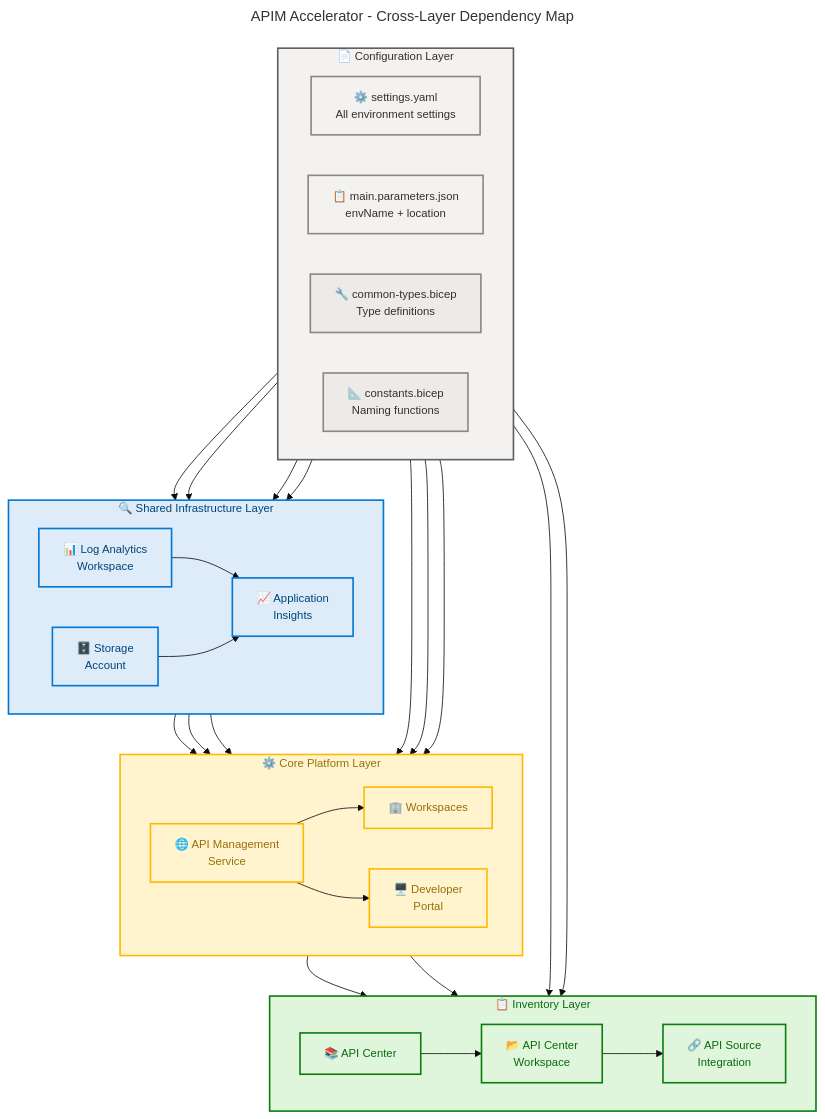
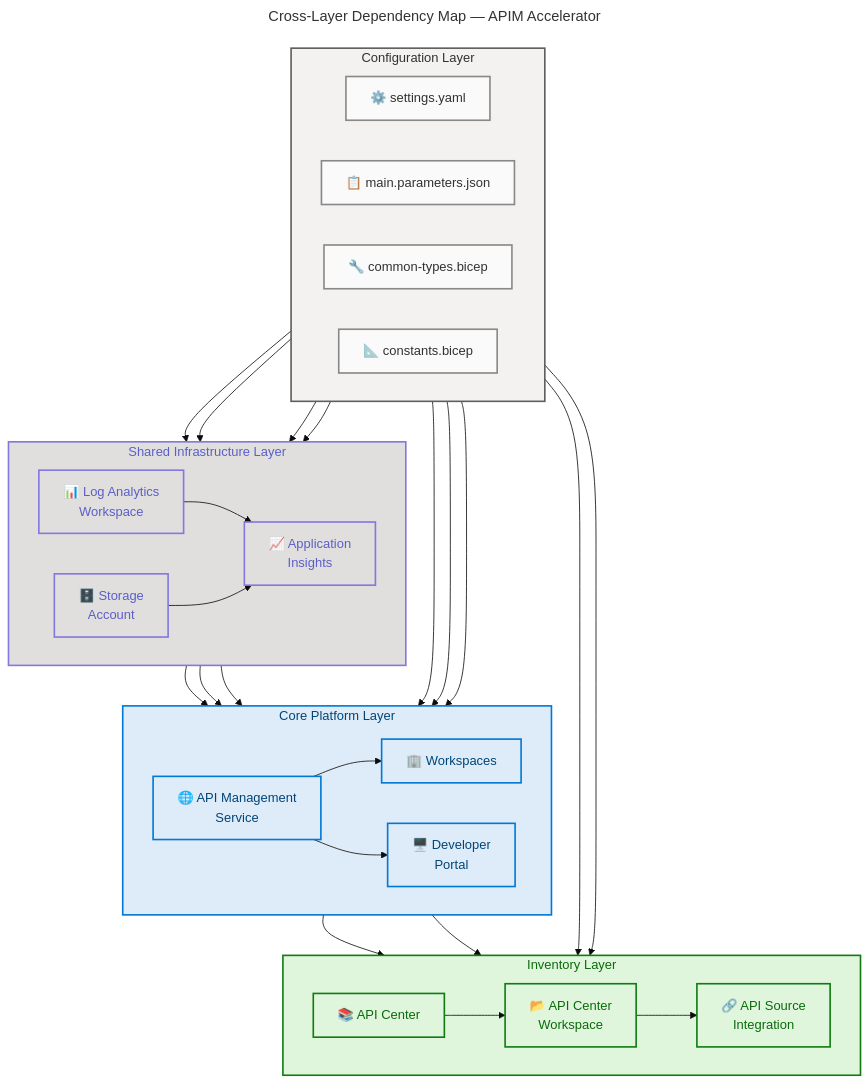
One commit to Evilazaro/APIM-Accelerator changed the sixth of 7 diagrams in docs/architecture/business-architecture.md. Above: the diagram before and after it, drawn with Mermaid. The commit also changed other lines of this file, not shown here.

````diff
--- a/docs/architecture/business-architecture.md
+++ b/docs/architecture/business-architecture.md
@@ -738,46 +1103,55 @@
 ```mermaid
 ---
-title: "APIM Accelerator - Cross-Layer Dependency Map"
+title: "Cross-Layer Dependency Map — APIM Accelerator"
 config:
   theme: base
   look: classic
   layout: dagre
   themeVariables:
-    fontSize: '14px'
-  flowchart:
-    htmlLabels: true
+    fontSize: '16px'
 ---
 flowchart TB
     accTitle: Cross-Layer Dependency Map
     accDescr: Shows module dependencies across the three deployment layers including shared utilities and configuration inputs
 
-    subgraph config["📄 Configuration Layer"]
+    %% ═══════════════════════════════════════════════════════════════════════════
+    %% AZURE / FLUENT ARCHITECTURE PATTERN v1.1
+    %% (Semantic + Structural + Font + Accessibility Governance)
+    %% ═══════════════════════════════════════════════════════════════════════════
+    %% PHASE 1 - STRUCTURAL: Direction explicit, flat topology, nesting ≤ 3
+    %% PHASE 2 - SEMANTIC: Colors justified, max 5 semantic classes, neutral-first
+    %% PHASE 3 - FONT: Dark text on light backgrounds, contrast ≥ 4.5:1
+    %% PHASE 4 - ACCESSIBILITY: accTitle/accDescr present, icons on all nodes
+    %% PHASE 5 - STANDARD: Governance block present, classDefs centralized
+    %% ═══════════════════════════════════════════════════════════════════════════
+
+    subgraph config["Configuration Layer"]
         direction LR
-        settings["⚙️ settings.yaml\nAll environment settings"]:::config
-        params["📋 main.parameters.json\nenvName + location"]:::config
-        types["🔧 common-types.bicep\nType definitions"]:::utility
-        consts["📐 constants.bicep\nNaming functions"]:::utility
+        settings["⚙️ settings.yaml"]:::neutral
+        params["📋 main.parameters.json"]:::neutral
+        types["🔧 common-types.bicep"]:::neutral
+        consts["📐 constants.bicep"]:::neutral
     end
 
-    subgraph shared["🔍 Shared Infrastructure Layer"]
+    subgraph shared["Shared Infrastructure Layer"]
         direction LR
-        law["📊 Log Analytics\nWorkspace"]:::monitoring
-        ai["📈 Application\nInsights"]:::monitoring
-        sa["🗄️ Storage\nAccount"]:::monitoring
+        law["📊 Log Analytics<br/>Workspace"]:::data
+        ai["📈 Application<br/>Insights"]:::data
+        sa["🗄️ Storage<br/>Account"]:::data
     end
 
-    subgraph core["⚙️ Core Platform Layer"]
+    subgraph core["Core Platform Layer"]
         direction LR
-        apim["🌐 API Management\nService"]:::primary
-        ws["🏢 Workspaces"]:::primary
-        dp["🖥️ Developer\nPortal"]:::primary
+        apim["🌐 API Management<br/>Service"]:::core
+        ws["🏢 Workspaces"]:::core
+        dp["🖥️ Developer<br/>Portal"]:::core
     end
 
-    subgraph inventory["📋 Inventory Layer"]
+    subgraph inventory["Inventory Layer"]
         direction LR
         ac["📚 API Center"]:::success
-        acws["📂 API Center\nWorkspace"]:::success
-        acsrc["🔗 API Source\nIntegration"]:::success
+        acws["📂 API Center<br/>Workspace"]:::success
+        acsrc["🔗 API Source<br/>Integration"]:::success
     end
 
     settings --> shared
@@ -804,13 +1178,15 @@
     acws --> acsrc
 
     style config fill:#F3F2F1,stroke:#605E5C,stroke-width:2px,color:#323130
-    style shared fill:#DEECF9,stroke:#0078D4,stroke-width:2px,color:#004578
-    style core fill:#FFF4CE,stroke:#FFB900,stroke-width:2px,color:#986F0B
+    style shared fill:#E1DFDD,stroke:#8378DE,stroke-width:2px,color:#5B5FC7
+    style core fill:#DEECF9,stroke:#0078D4,stroke-width:2px,color:#004578
     style inventory fill:#DFF6DD,stroke:#107C10,stroke-width:2px,color:#0B6A0B
 
-    classDef config fill:#F3F2F1,stroke:#8A8886,stroke-width:2px,color:#323130
-    classDef utility fill:#EDEBE9,stroke:#8A8886,stroke-width:2px,color:#323130
-    classDef monitoring fill:#DEECF9,stroke:#0078D4,stroke-width:2px,color:#004578
-    classDef primary fill:#FFF4CE,stroke:#FFB900,stroke-width:2px,color:#986F0B
-    classDef success fill:#DFF6DD,stroke:#107C10,stroke-width:2px,color:#0B6A0B
+    classDef neutral  fill:#FAFAFA,stroke:#8A8886,stroke-width:2px,color:#323130
+    classDef core     fill:#DEECF9,stroke:#0078D4,stroke-width:2px,color:#004578
+    classDef success  fill:#DFF6DD,stroke:#107C10,stroke-width:2px,color:#0B6A0B
+    classDef warning  fill:#FFF4CE,stroke:#FFB900,stroke-width:2px,color:#986F0B
+    classDef danger   fill:#FDE7E9,stroke:#E81123,stroke-width:2px,color:#A4262C
+    classDef data     fill:#E1DFDD,stroke:#8378DE,stroke-width:2px,color:#5B5FC7
+    classDef external fill:#F3F2F1,stroke:#605E5C,stroke-width:2px,color:#323130
 ```
````
